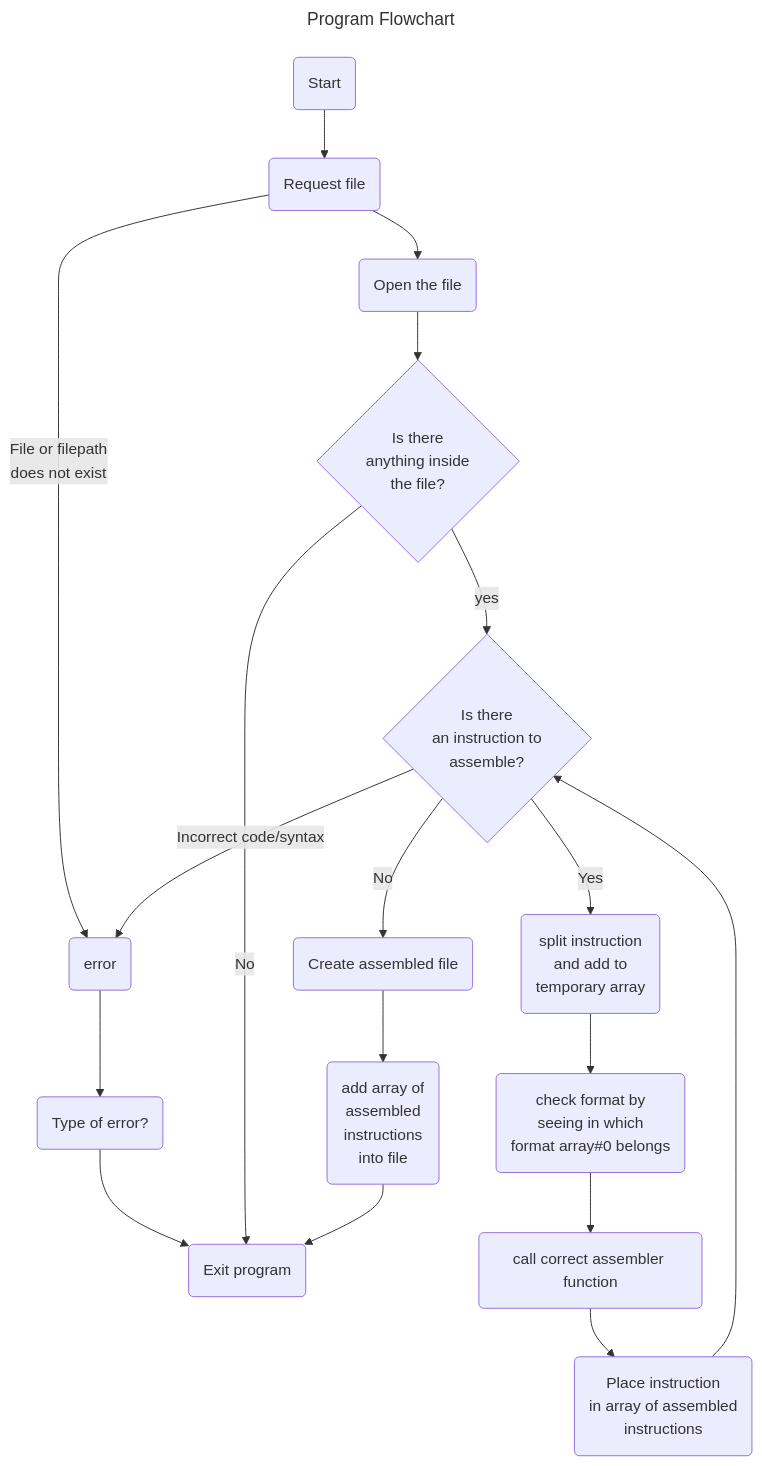
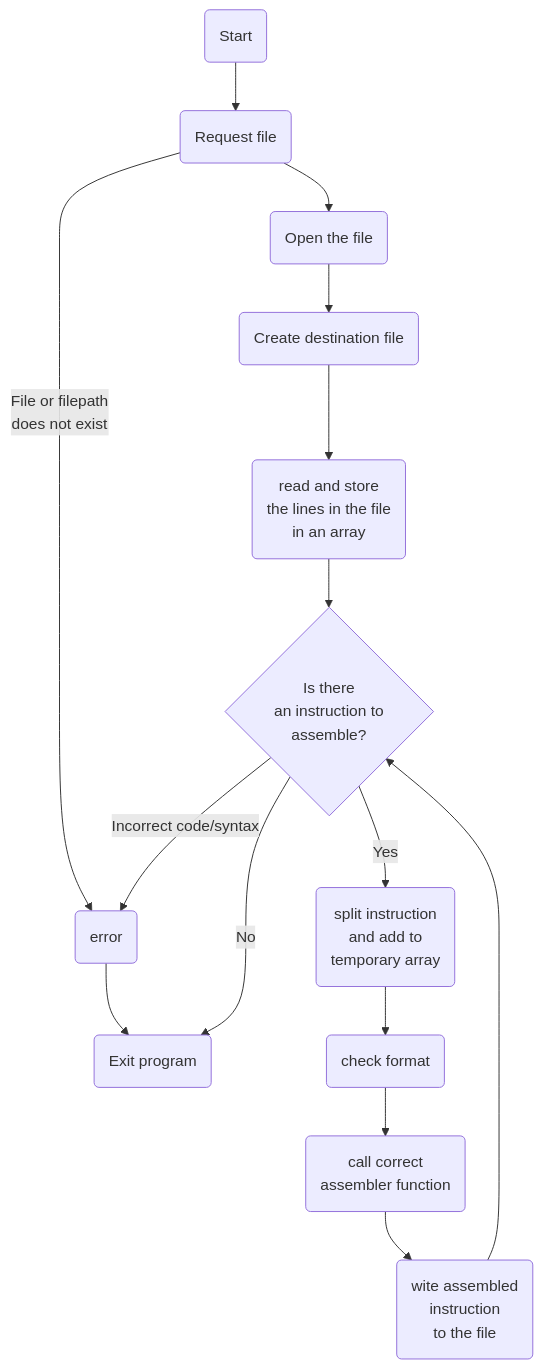
The diagram in README.md (StijnVerwoerd/Risc-Verter-32), drawn with Mermaid before and after one commit. The commit also changed other lines of this file and 6 other files, not shown here.

````diff
--- a/README.md
+++ b/README.md
@@ -5,55 +5,46 @@
 ```mermaid
----
-title: Program Flowchart
----
-graph TD
+
+graph TB
 
     start(Start)
     file(Request file)
     error(error)
-    errorType(Type of error?)
     exit(Exit program)
     openFile(Open the file)
-    analyzeFile{Is there 
-    an instruction to 
-    assemble?}
-    split(split instruction
-    and add to
-    temporary array)
-    format(check format by
-    seeing in which
-    format array#0 belongs)
-    function(call correct assembler function)
-    assembledFile(Place instruction
-    in array of assembled
-    instructions)
-    createFile(Create assembled file)
-    add(add array of 
-    assembled
-    instructions
-    into file)
-    data{Is there 
-    anything inside 
-    the file?}
+    readLines(read and store
+    the lines in the file
+    in an array)
+    newFile(Create destination file)
+
+
+        analyzeFile{Is there 
+        an instruction to 
+        assemble?}
+        split(split instruction
+        and add to
+        temporary array)
+        format(check format)
+        function(call correct 
+        assembler function)
+        assembledFile(wite assembled
+        instruction 
+        to the file)
 
     start --> file
 
     file -- File or filepath 
     does not exist --> error 
 
     file --> openFile
-    error --> errorType
-    errorType --> exit
-    openFile --> data
-    data -- No --> exit
-    data -- yes --> analyzeFile
+    error --> exit
+    openFile --> newFile
+    newFile --> readLines
+    readLines --> analyzeFile
     analyzeFile -- Yes --> split
-    analyzeFile -- No --> createFile
-    createFile --> add
-    add --> exit
+    analyzeFile -- No --> exit
     analyzeFile -- Incorrect code/syntax --> error
     split --> format
     format --> function
     function --> assembledFile
     assembledFile --> analyzeFile
 ```
````
